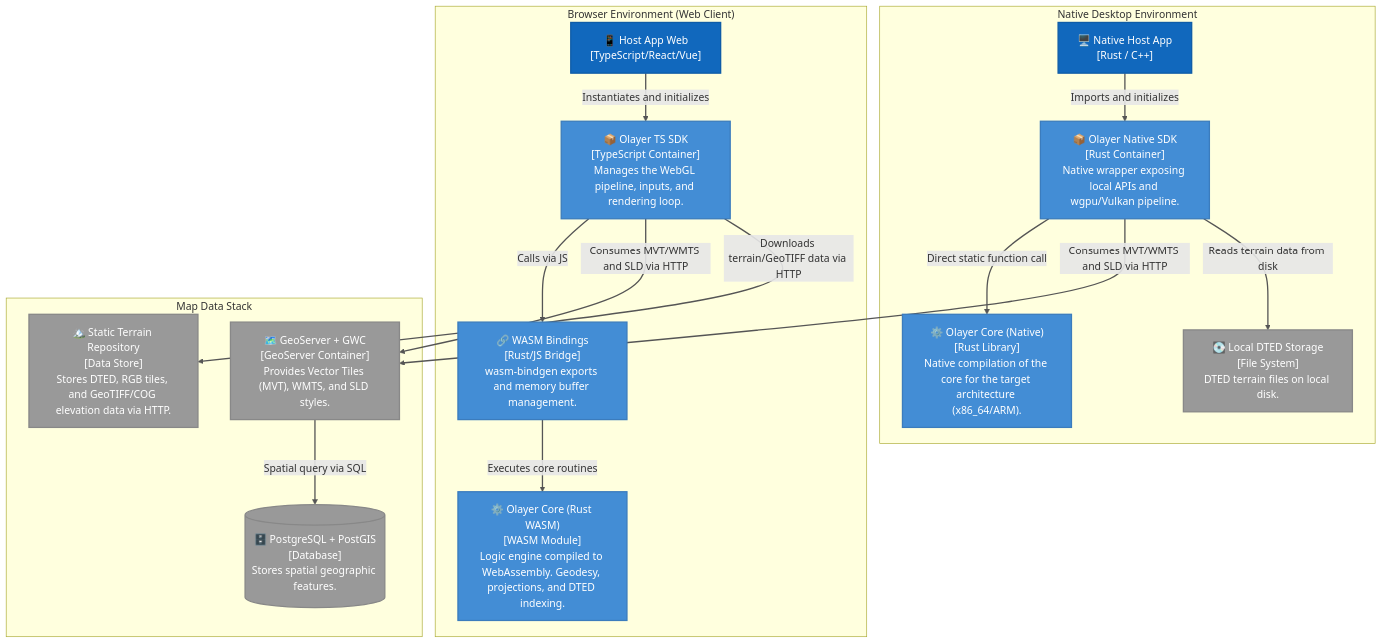
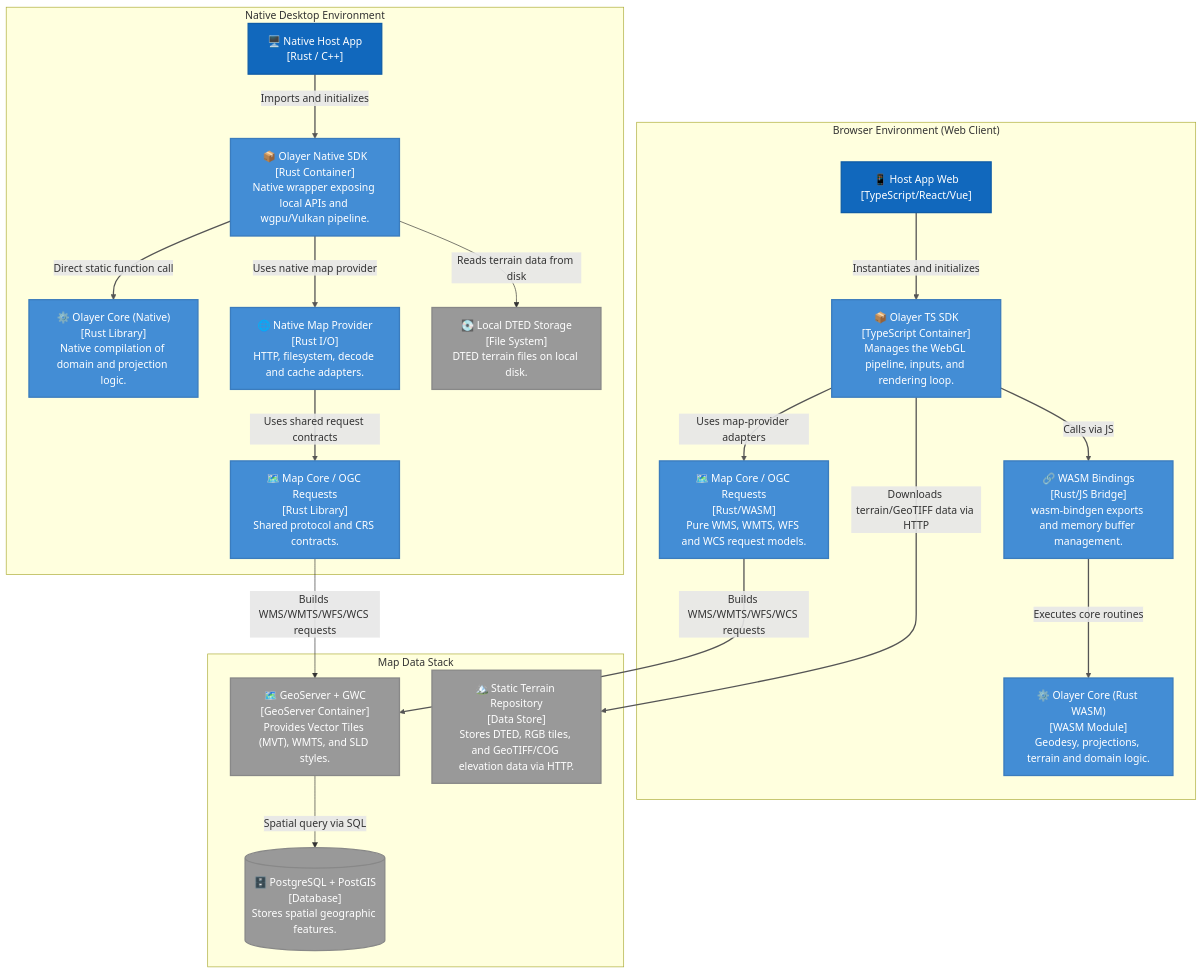
One commit to rodoni/olayer changed the second of 5 diagrams in docs/arch.md. Above: the diagram before and after it, drawn with Mermaid. The commit also changed other lines of this file and 45 other files, not shown here.

Commit message:
feat(map): add shared OGC map provider core

````diff
--- a/docs/arch.md
+++ b/docs/arch.md
@@ -63,44 +63,50 @@
 ```mermaid
 graph TB
     classDef container fill:#438DD5,stroke:#3b7cbd,color:#ffffff,stroke-width:2px;
     classDef external fill:#999999,stroke:#888888,color:#ffffff,stroke-width:2px;
     classDef host fill:#1168BD,stroke:#0f5ca7,color:#ffffff,stroke-width:2px;
 
     subgraph Web_Browser ["Browser Environment (Web Client)"]
         host_web["📱 Host App Web<br>[TypeScript/React/Vue]"]:::host
         ts_sdk["📦 Olayer TS SDK<br>[TypeScript Container]<br>Manages the WebGL pipeline, inputs, and rendering loop."]:::container
         wasm_bind["🔗 WASM Bindings<br>[Rust/JS Bridge]<br>wasm-bindgen exports and memory buffer management."]:::container
-        wasm_core["⚙️ Olayer Core (Rust WASM)<br>[WASM Module]<br>Logic engine compiled to WebAssembly. Geodesy, projections, and DTED indexing."]:::container
+        wasm_core["⚙️ Olayer Core (Rust WASM)<br>[WASM Module]<br>Geodesy, projections, terrain and domain logic."]:::container
+        map_core_web["🗺️ Map Core / OGC Requests<br>[Rust/WASM]<br>Pure WMS, WMTS, WFS and WCS request models."]:::container
     end
     
     subgraph Desktop_OS ["Native Desktop Environment"]
         host_rust["🖥️ Native Host App<br>[Rust / C++]"]:::host
         native_sdk["📦 Olayer Native SDK<br>[Rust Container]<br>Native wrapper exposing local APIs and wgpu/Vulkan pipeline."]:::container
-        rust_core["⚙️ Olayer Core (Native)<br>[Rust Library]<br>Native compilation of the core for the target architecture (x86_64/ARM)."]:::container
+        rust_core["⚙️ Olayer Core (Native)<br>[Rust Library]<br>Native compilation of domain and projection logic."]:::container
+        map_core_native["🗺️ Map Core / OGC Requests<br>[Rust Library]<br>Shared protocol and CRS contracts."]:::container
+        native_map_provider["🌐 Native Map Provider<br>[Rust I/O]<br>HTTP, filesystem, decode and cache adapters."]:::container
         local_disk["💽 Local DTED Storage<br>[File System]<br>DTED terrain files on local disk."]:::external
     end
     
     subgraph Map_Server_Stack ["Map Data Stack"]
         geoserver["🗺️ GeoServer + GWC<br>[GeoServer Container]<br>Provides Vector Tiles (MVT), WMTS, and SLD styles."]:::external
         postgis[("🗄️ PostgreSQL + PostGIS<br>[Database]<br>Stores spatial geographic features.")]:::external
         terrain_repo["🏔️ Static Terrain Repository<br>[Data Store]<br>Stores DTED, RGB tiles, and GeoTIFF/COG elevation data via HTTP."]:::external
     end
     
     %% Web Flows
     host_web -->|Instantiates and initializes| ts_sdk
     ts_sdk -->|Calls via JS| wasm_bind
     wasm_bind -->|Executes core routines| wasm_core
-    ts_sdk -->|Consumes MVT/WMTS and SLD via HTTP| geoserver
+    ts_sdk -->|Uses map-provider adapters| map_core_web
+    map_core_web -->|Builds WMS/WMTS/WFS/WCS requests| geoserver
     ts_sdk -->|Downloads terrain/GeoTIFF data via HTTP| terrain_repo
     
     %% Native Flows
     host_rust -->|Imports and initializes| native_sdk
     native_sdk -->|Direct static function call| rust_core
-    native_sdk -->|Consumes MVT/WMTS and SLD via HTTP| geoserver
+    native_sdk -->|Uses native map provider| native_map_provider
+    native_map_provider -->|Uses shared request contracts| map_core_native
+    map_core_native -->|Builds WMS/WMTS/WFS/WCS requests| geoserver
     native_sdk -->|Reads terrain data from disk| local_disk
 
     %% Data Infrastructure
     geoserver -->|Spatial query via SQL| postgis
 
     linkStyle 0,1,2,3,4,5,6,7,8,9 stroke:#555,stroke-width:2px;
 ```
````
